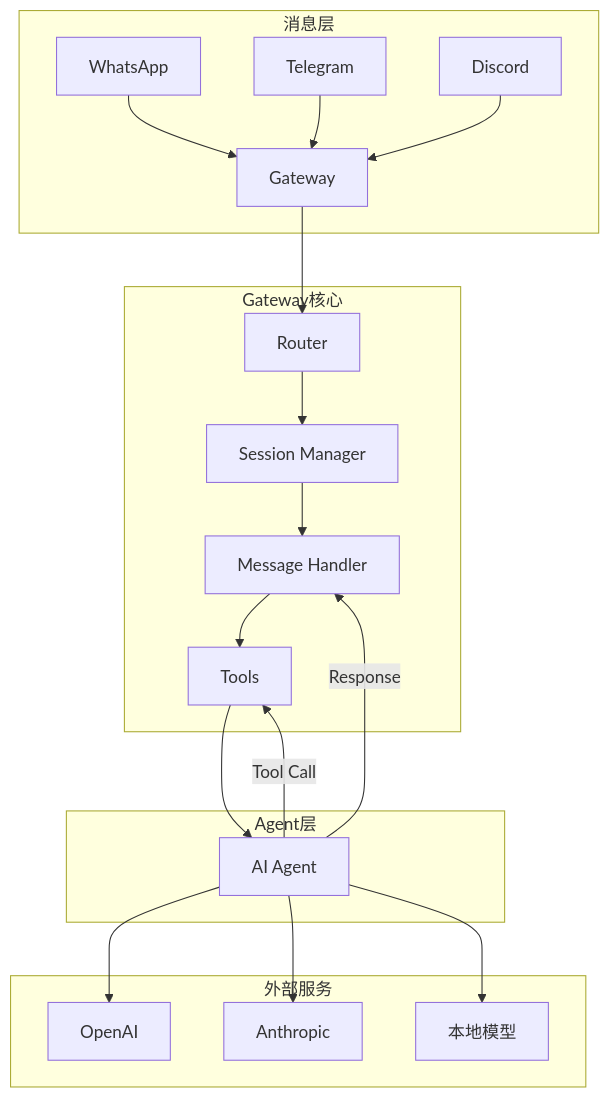
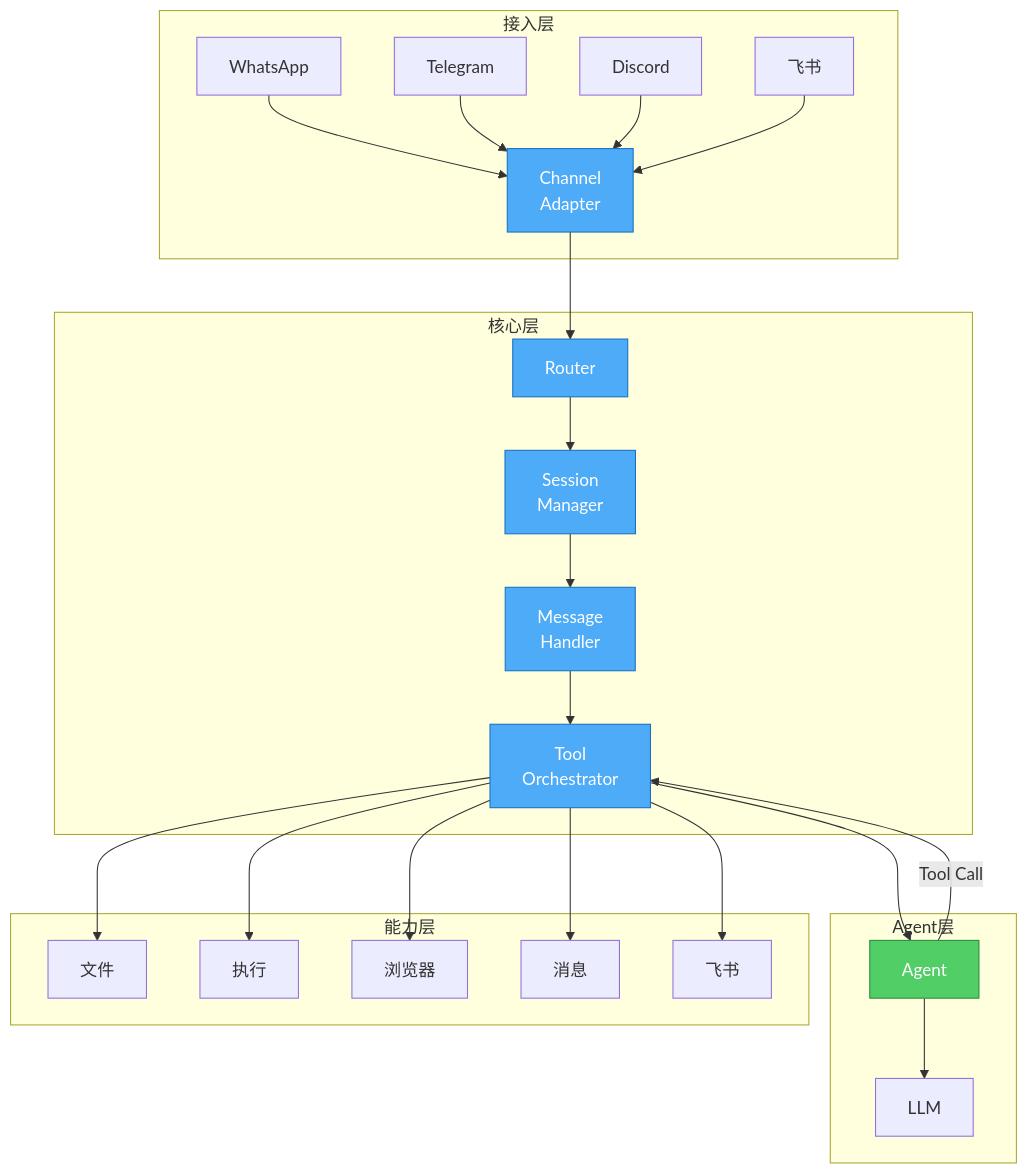
One commit to FreezeSoul/freezesoul.github.com changed the third of 12 diagrams in _posts/2026-03-01-openclaw-agent-gateway.md. Above: the diagram before and after it, drawn with Mermaid. The commit also changed other lines of this file, not shown here.

Commit message:
feat: 重写 OpenClaw 架构解析文章（技术深度版）

````diff
--- a/_posts/2026-03-01-openclaw-agent-gateway.md
+++ b/_posts/2026-03-01-openclaw-agent-gateway.md
@@ -109,27 +86,37 @@
 ```mermaid
 graph TD
-    subgraph 消息层
-        A[WhatsApp] --> G[Gateway]
-        B[Telegram] --> G
-        C[Discord] --> G
+    subgraph 接入层
+        WA[WhatsApp] --> C[Channel<br/>Adapter]
+        TG[Telegram] --> C
+        DC[Discord] --> C
+        FS[飞书] --> C
     end
     
-    subgraph Gateway核心
-        G --> R[Router]
-        R --> S[Session Manager]
-        S --> M[Message Handler]
-        M --> T[Tools]
+    subgraph 核心层
+        C --> R[Router]
+        R --> SM[Session<br/>Manager]
+        SM --> MH[Message<br/>Handler]
+        MH --> TO[Tool<br/>Orchestrator]
     end
     
     subgraph Agent层
-        T --> Agent[AI Agent]
-        Agent -->|Tool Call| T
-        Agent -->|Response| M
+        TO --> AG[Agent]
+        AG -->|Tool Call| TO
+        AG --> LLM[LLM]
     end
     
-    subgraph 外部服务
-        Agent --> O[OpenAI]
-        Agent --> An[Anthropic]
-        Agent --> L[本地模型]
+    subgraph 能力层
+        TO --> T1[文件]
+        TO --> T2[执行]
+        TO --> T3[浏览器]
+        TO --> T4[消息]
+        TO --> T5[飞书]
     end
+    
+    style C fill:#4dabf7,stroke:#1971c2,color:#fff
+    style R fill:#4dabf7,stroke:#1971c2,color:#fff
+    style SM fill:#4dabf7,stroke:#1971c2,color:#fff
+    style MH fill:#4dabf7,stroke:#1971c2,color:#fff
+    style TO fill:#4dabf7,stroke:#1971c2,color:#fff
+    style AG fill:#51cf66,stroke:#2b8a3e,color:#fff
 ```
````
